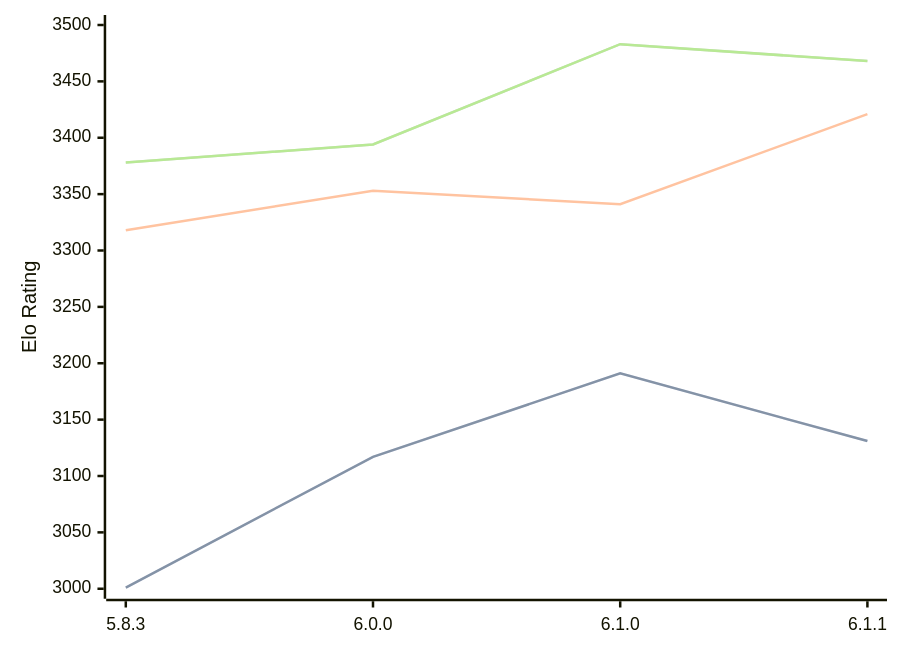
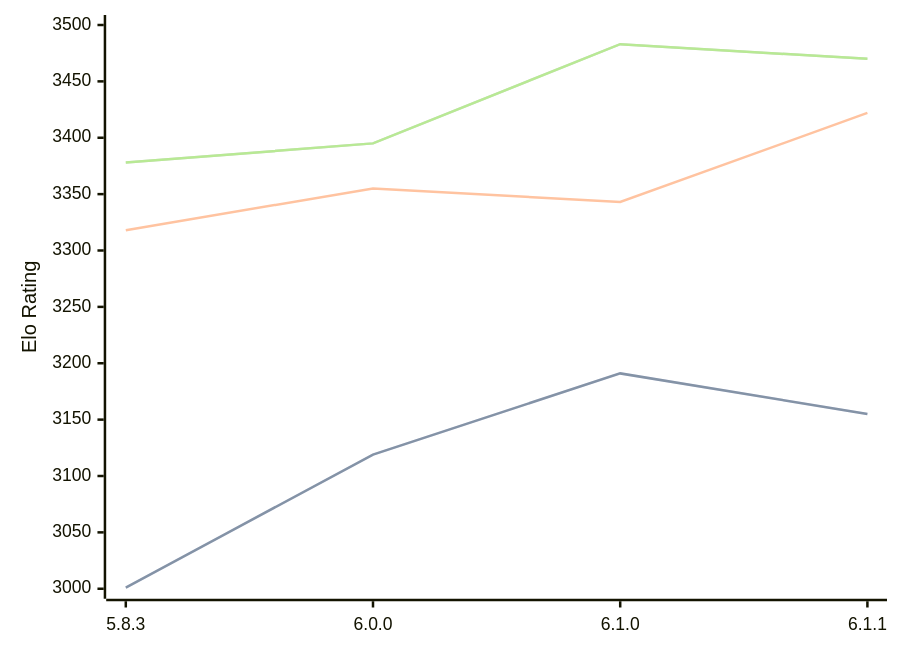
Before and after one commit to computer-chess-index/cci: the diagram in engines/Zigqueen.md, drawn with Mermaid. The commit also changed other lines of this file, not shown here.

Commit message:
Update CCI Ratings (ELO VLTC) - 2026-09-08

````diff
--- a/engines/Zigqueen.md
+++ b/engines/Zigqueen.md
@@ -37,11 +37,11 @@
 ```mermaid
 %%{init: {"theme":"base","themeVariables":{"seriesColors:['#a3a3a3','#222221','#faa371']}}}%%
 xychart-beta
   x-axis ["5.8.3", "6.0.0", "6.1.0", "6.1.1"]
   y-axis "Elo Rating" 3000 --> 3500
-  line "" [3001, 3117, 3191, 3131]
-  line "STC (8.0+0.08s)" [3001, 3117, 3191, 3131]
-  line "LTC (60.0+0.60s)" [3318, 3353, 3341, 3421]
-  line "" [3378, 3394, 3483, 3468]
-  line "VLTC (2m24s+1.12s)" [3378, 3394, 3483, 3468]
+  line "" [3001, 3119, 3191, 3155]
+  line "STC (8.0+0.08s)" [3001, 3119, 3191, 3155]
+  line "LTC (60.0+0.60s)" [3318, 3355, 3343, 3422]
+  line "" [3378, 3395, 3483, 3470]
+  line "VLTC (2m24s+1.12s)" [3378, 3395, 3483, 3470]
 ```
````
